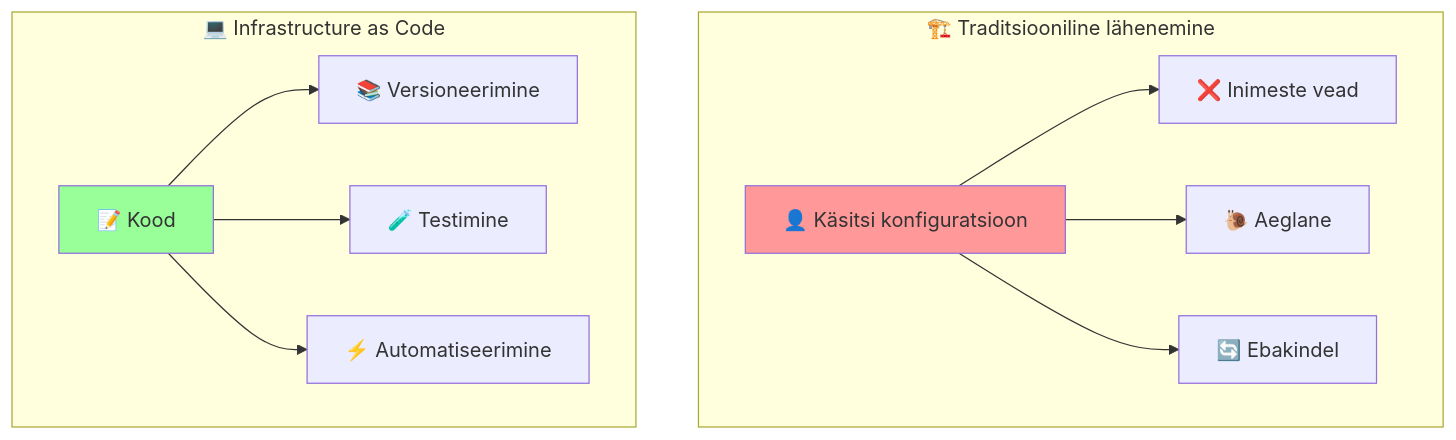
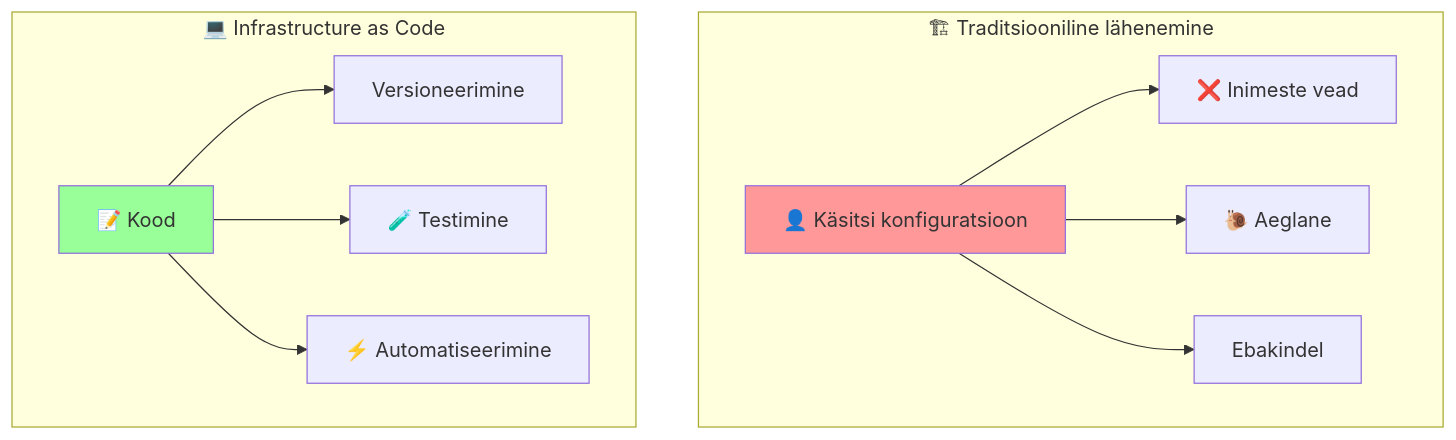
One commit to mtalvik/automation changed the first of 3 diagrams in docs/terraform_basics/lecture.md. Above: the diagram before and after it, drawn with Mermaid. The commit also changed other lines of this file and 168 other files, not shown here.

````diff
--- a/docs/terraform_basics/lecture.md
+++ b/docs/terraform_basics/lecture.md
@@ -40,27 +40,27 @@
 ```mermaid
 graph TB
-    subgraph "🏗️ Traditsiooniline lähenemine"
+    subgraph "🏗 Traditsiooniline lähenemine"
         Manual[👤 Käsitsi konfiguratsioon]
         Error[❌ Inimeste vead]
         Slow[🐌 Aeglane]
-        Inconsistent[🔄 Ebakindel]
+        Inconsistent[ Ebakindel]
     end
     
     subgraph "💻 Infrastructure as Code"
         Code[📝 Kood]
-        Version[📚 Versioneerimine]
+        Version[ Versioneerimine]
         Test[🧪 Testimine]
         Automate[⚡ Automatiseerimine]
     end
     
     Manual --> Error
     Manual --> Slow
     Manual --> Inconsistent
     
     Code --> Version
     Code --> Test
     Code --> Automate
     
     style Manual fill:#ff9999
     style Code fill:#99ff99
 ```
````
